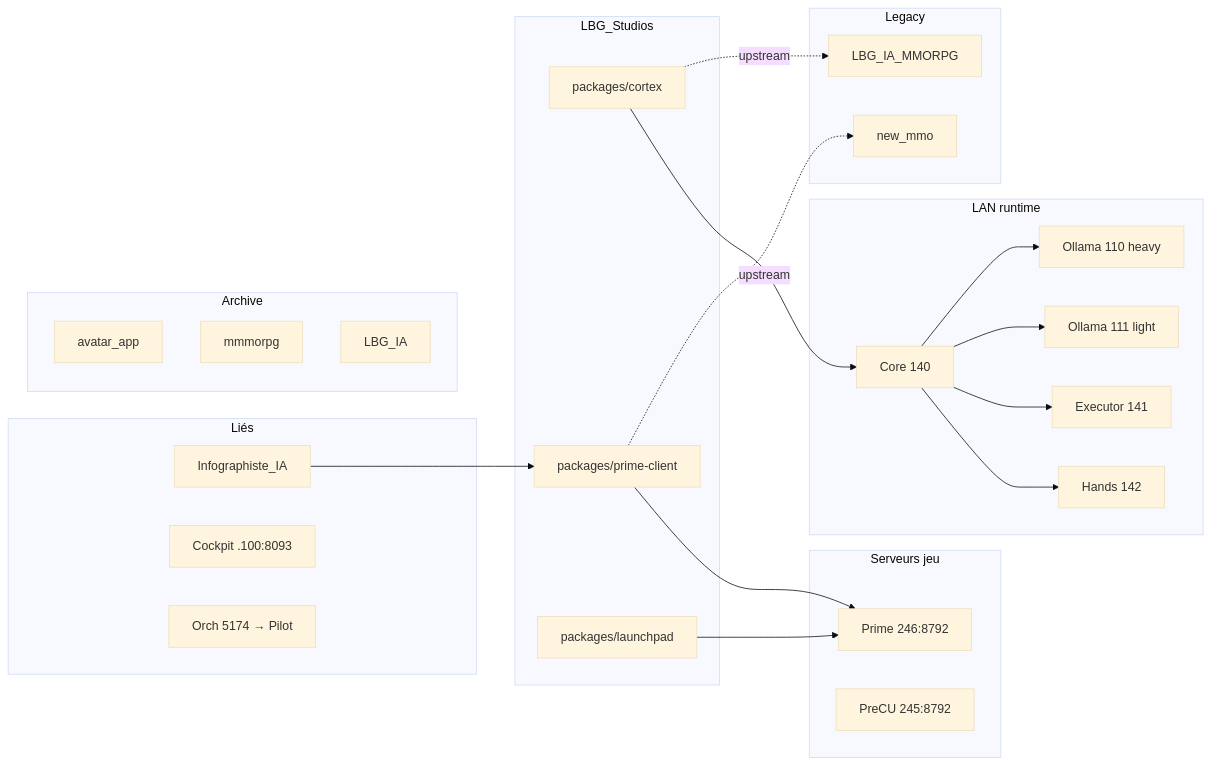
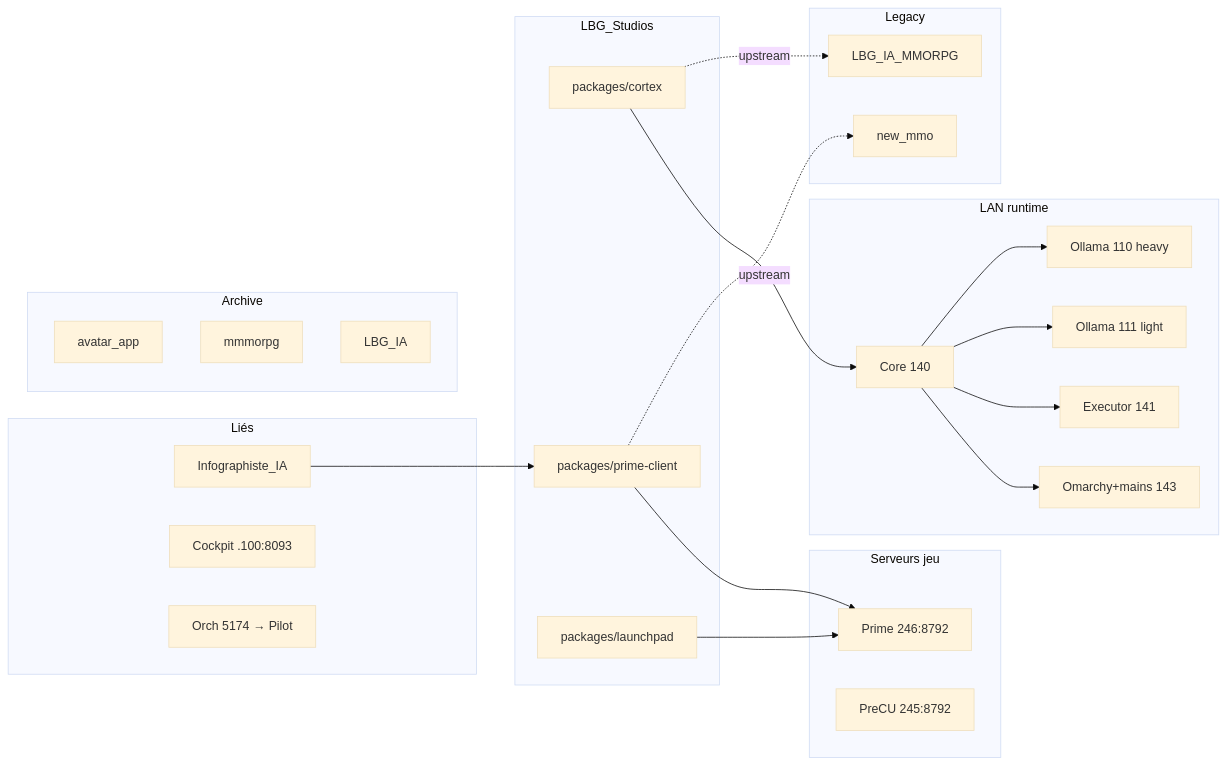
One commit to Teome0245/LBG_Studios changed the diagram in docs/REGISTRE.md. Above: the diagram before and after it, drawn with Mermaid (base theme). The commit also changed other lines of this file and 7 other files, not shown here.

````diff
--- a/docs/REGISTRE.md
+++ b/docs/REGISTRE.md
@@ -121,43 +165,43 @@
 ```mermaid
 flowchart LR
   subgraph studios["LBG_Studios"]
     CX["packages/cortex"]
     PC["packages/prime-client"]
     LP["packages/launchpad"]
   end
   subgraph linked["Liés"]
     INFO["Infographiste_IA"]
     CK["Cockpit .100:8093"]
     ORCH["Orch 5174 → Pilot"]
   end
   subgraph lan["LAN runtime"]
     H110["Ollama 110 heavy"]
     H111["Ollama 111 light"]
     H140["Core 140"]
     H141["Executor 141"]
-    H142["Hands 142"]
+    H143["Omarchy+mains 143"]
   end
   subgraph game["Serveurs jeu"]
     P246["Prime 246:8792"]
     P245["PreCU 245:8792"]
   end
   subgraph arch["Archive"]
     AVA["avatar_app"]
     MMM["mmmorpg"]
     LIA["LBG_IA"]
   end
   subgraph legacy["Legacy"]
     MMO["LBG_IA_MMORPG"]
     NM["new_mmo"]
   end
   INFO --> PC
   CX -.->|"upstream"| MMO
   PC -.->|"upstream"| NM
   CX --> H140
   H140 --> H110
   H140 --> H111
   H140 --> H141
-  H140 --> H142
+  H140 --> H143
   LP --> P246
   PC --> P246
 ```
````
